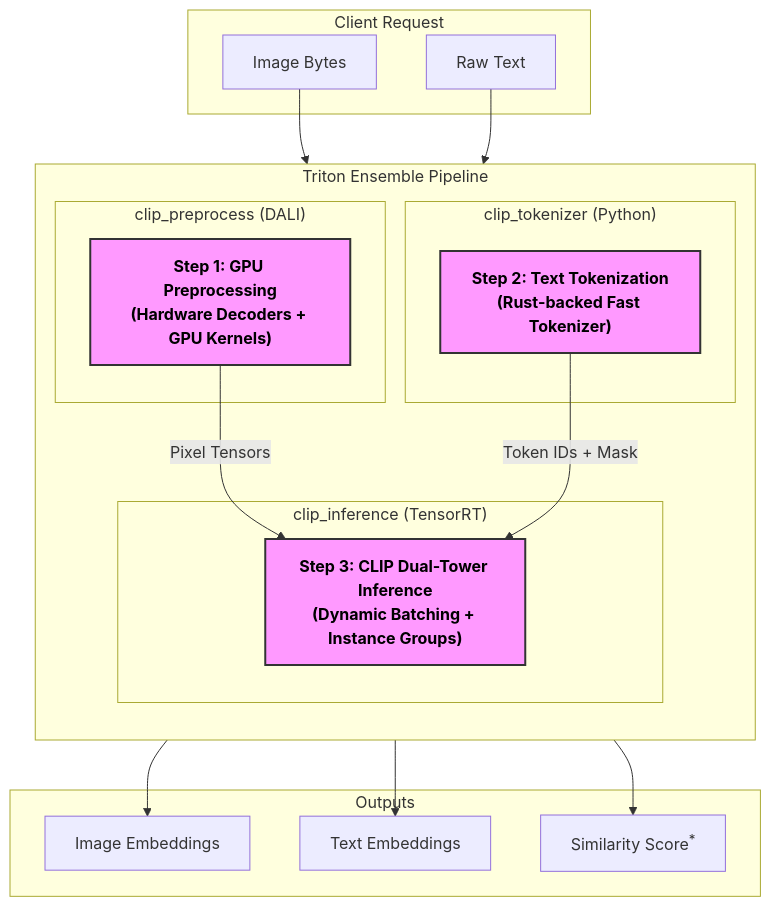
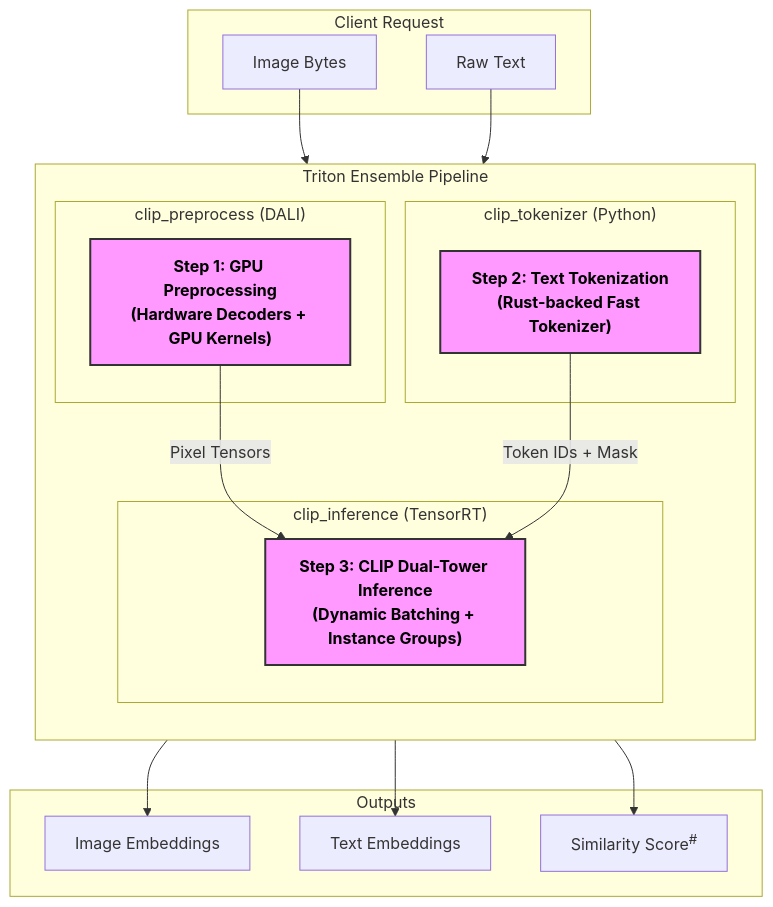
One commit to kd303/LLM-LongContext-Infer changed the diagram in llm-inference/open-clip/README.md. Above: the diagram before and after it, drawn with Mermaid. The commit also changed other lines of this file, not shown here.

Commit message:
Changed the DALI preprocessing to align with ensemble pipeline, remove extra variables

````diff
--- a/llm-inference/open-clip/README.md
+++ b/llm-inference/open-clip/README.md
@@ -17,45 +17,45 @@
 ```mermaid
 graph TD
     subgraph "Client Request"
         A[Image Bytes]
         B[Raw Text]
     end
 
     subgraph "Triton Ensemble Pipeline"
         direction TB
         subgraph "clip_preprocess (DALI)"
             C["<b>Step 1: GPU Preprocessing</b><br/>(Hardware Decoders + GPU Kernels)"]
         end
 
         subgraph "clip_tokenizer (Python)"
             D["<b>Step 2: Text Tokenization</b><br/>(Rust-backed Fast Tokenizer)"]
         end
 
         subgraph "clip_inference (TensorRT)"
             E["<b>Step 3: CLIP Dual-Tower Inference</b><br/>(Dynamic Batching + Instance Groups)"]
         end
 
         C -->|Pixel Tensors| E
         D -->|Token IDs + Mask| E
     end
 
     subgraph "Outputs"
         F[Image Embeddings]
         G[Text Embeddings]
-        H[Similarity Score<sup>*</sup>]
+        H[Similarity Score<sup>#</sup>]
     end
 
     A --> C
     B --> D
     E --> F
     E --> G
     E --> H
 
     %% Styling for Scalability
     style C fill:#f9f,stroke:#333,stroke-width:2px,color:#000
     style D fill:#f9f,stroke:#333,stroke-width:2px,color:#000
     style E fill:#f9f,stroke:#333,stroke-width:2px,color:#000
 
     classDef scalable font-weight:bold,color:#000;
     class C,D,E scalable;
 ```
````
